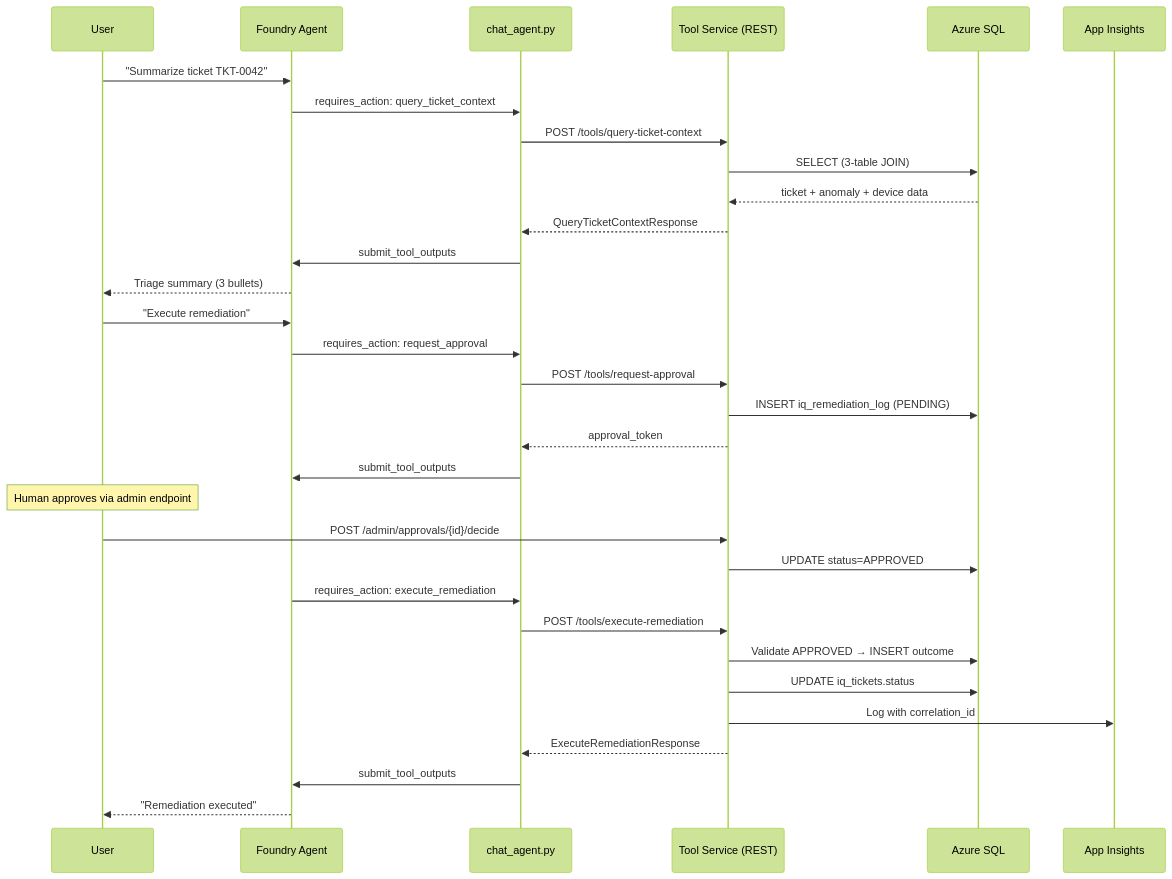
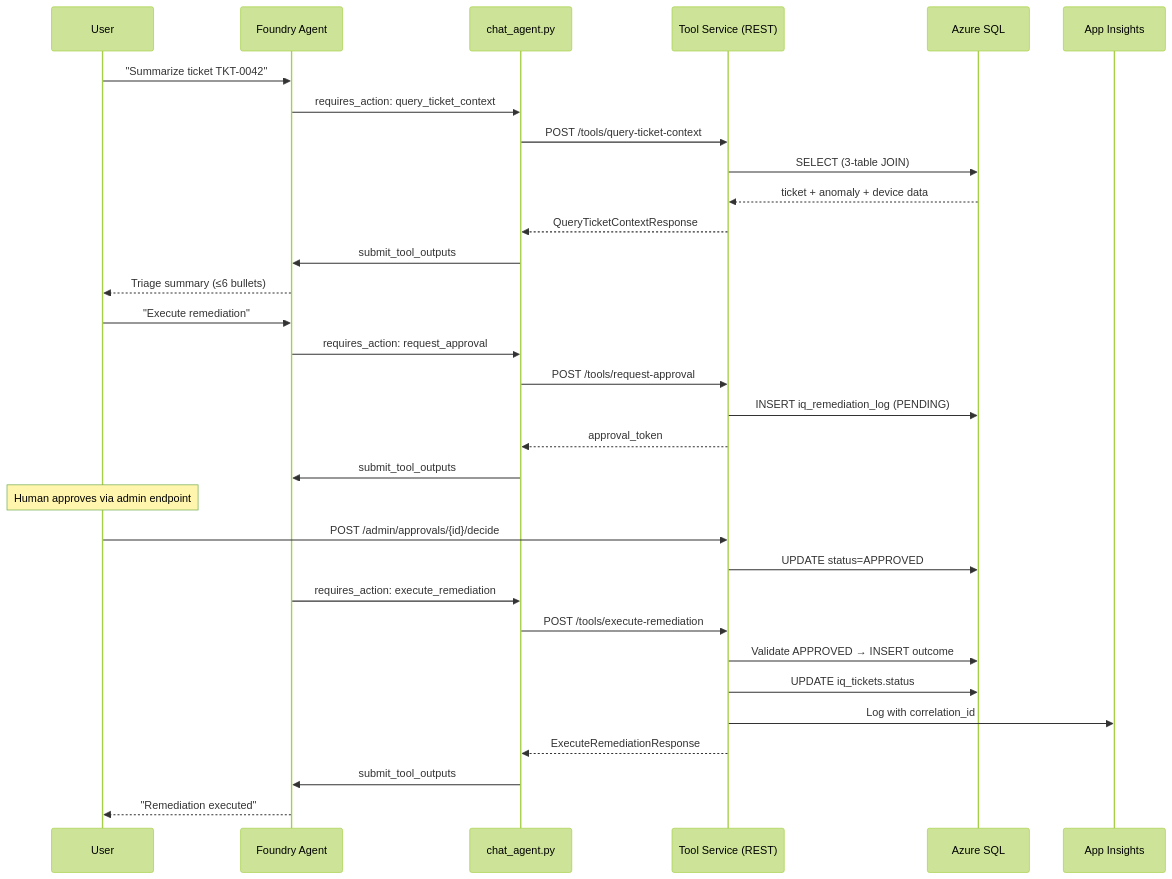
The fourth of 7 diagrams in docs/architecture.md (aionic/IQ-Workshop), drawn with Mermaid (forest theme) before and after one commit. The commit also changed other lines of this file and 25 other files, not shown here.

````diff
--- a/docs/architecture.md
+++ b/docs/architecture.md
@@ -170,38 +170,38 @@
 ```mermaid
 sequenceDiagram
   participant User
   participant Agent as Foundry Agent
   participant Client as chat_agent.py
   participant API as Tool Service (REST)
   participant DB as Azure SQL
   participant AI as App Insights
 
   User->>Agent: "Summarize ticket TKT-0042"
   Agent->>Client: requires_action: query_ticket_context
   Client->>API: POST /tools/query-ticket-context
   API->>DB: SELECT (3-table JOIN)
   DB-->>API: ticket + anomaly + device data
   API-->>Client: QueryTicketContextResponse
   Client->>Agent: submit_tool_outputs
-  Agent-->>User: Triage summary (3 bullets)
+  Agent-->>User: Triage summary (≤6 bullets)
 
   User->>Agent: "Execute remediation"
   Agent->>Client: requires_action: request_approval
   Client->>API: POST /tools/request-approval
   API->>DB: INSERT iq_remediation_log (PENDING)
   API-->>Client: approval_token
   Client->>Agent: submit_tool_outputs
 
   Note over User: Human approves via admin endpoint
   User->>API: POST /admin/approvals/{id}/decide
   API->>DB: UPDATE status=APPROVED
 
   Agent->>Client: requires_action: execute_remediation
   Client->>API: POST /tools/execute-remediation
   API->>DB: Validate APPROVED → INSERT outcome
   API->>DB: UPDATE iq_tickets.status
   API->>AI: Log with correlation_id
   API-->>Client: ExecuteRemediationResponse
   Client->>Agent: submit_tool_outputs
   Agent-->>User: "Remediation executed"
 ```
````
